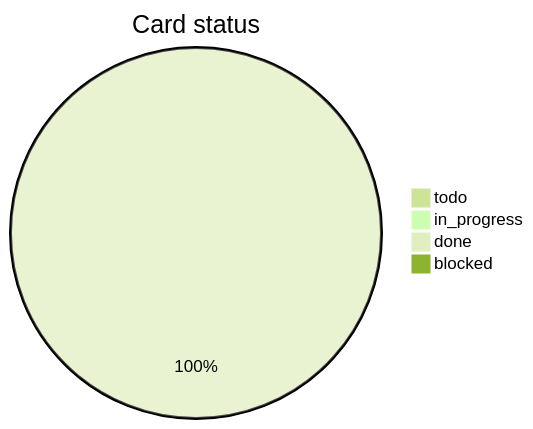
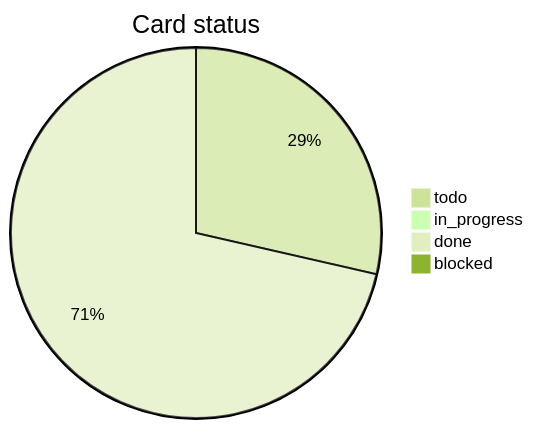
The diagram in .agents/sessions/tenant-write-migration-issues/TASKS.md (2tsoftwareapp/super-template), drawn with Mermaid (forest theme) before and after one commit. The commit also changed other lines of this file and 3 other files, not shown here.

````diff
--- a/.agents/sessions/tenant-write-migration-issues/TASKS.md
+++ b/.agents/sessions/tenant-write-migration-issues/TASKS.md
@@ -42,7 +50,7 @@
 ```mermaid
 pie title Card status
-  "todo" : 0
+  "todo" : 2
   "in_progress" : 0
   "done" : 5
   "blocked" : 0
 ```
````
